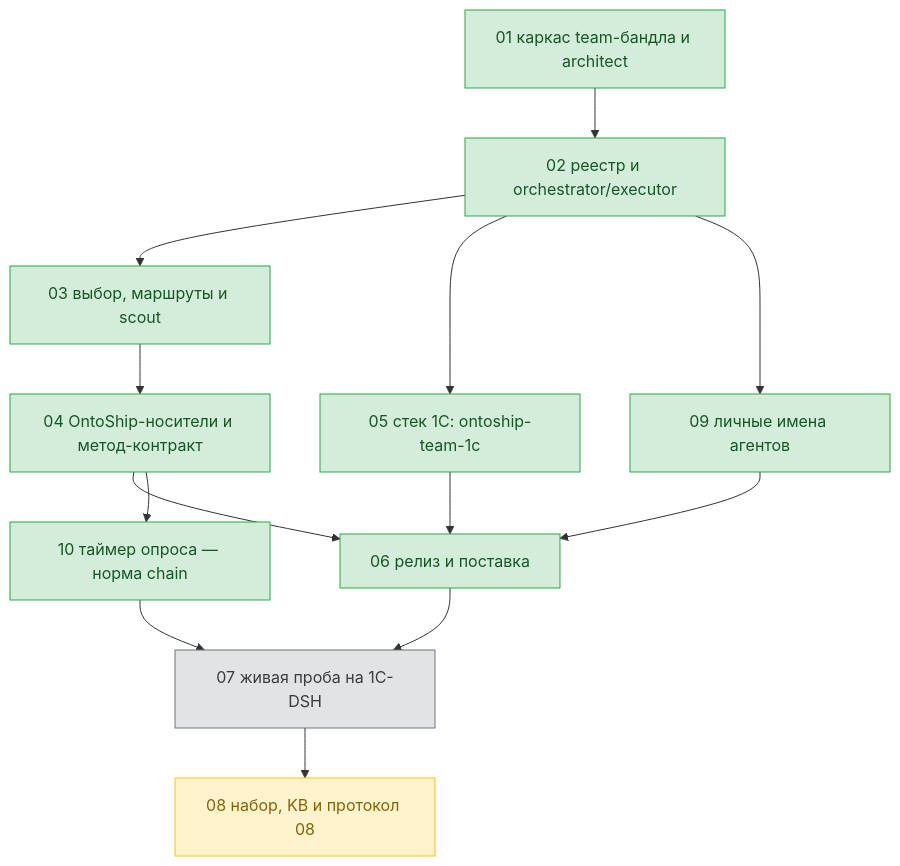
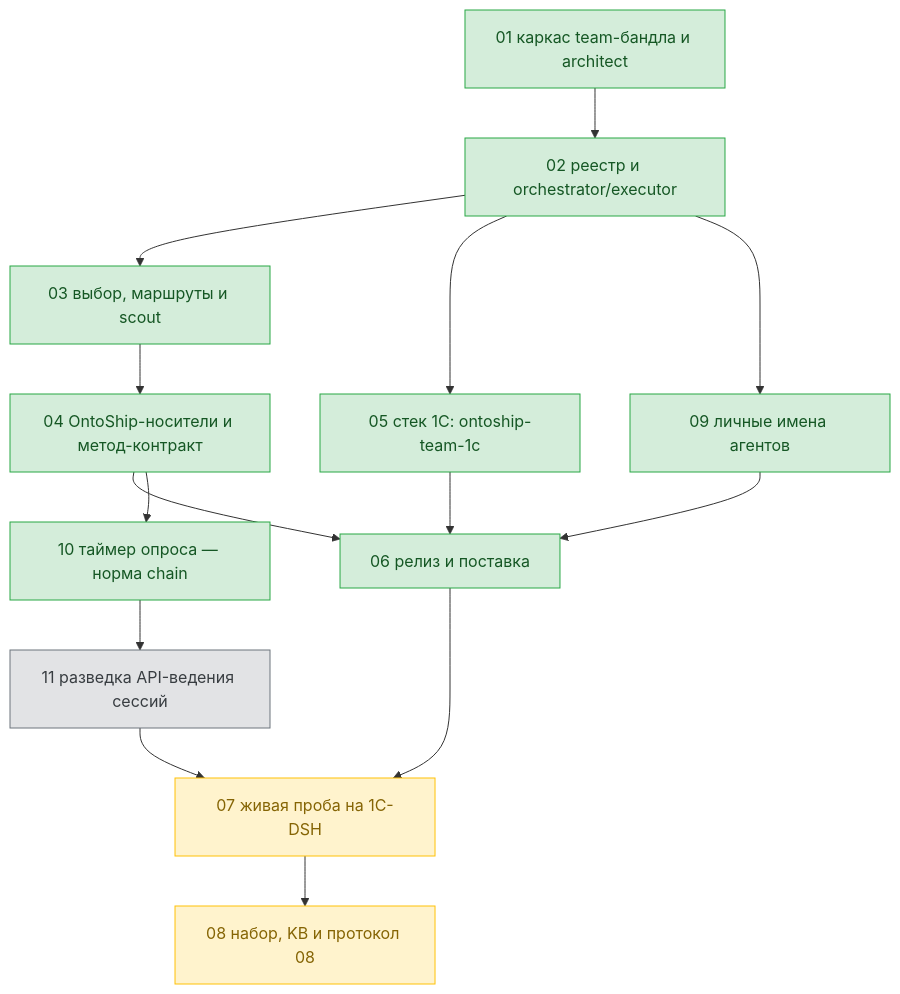
Before and after one commit to ntin60775/ontoship-ntin: the diagram in tickets/team-profiles/dag.md, drawn with Mermaid. The commit also changed other lines of this file and 4 other files, not shown here.

Commit message:
docs(team-profiles): тикет 11 принят — разведка API-ведения сессий (решение 20), переделка потока — совместно после отчёта

````diff
--- a/tickets/team-profiles/dag.md
+++ b/tickets/team-profiles/dag.md
@@ -11,35 +11,37 @@
 ```mermaid
 flowchart TD
   T01["01 каркас team-бандла и architect"]
   T02["02 реестр и orchestrator/executor"]
   T03["03 выбор, маршруты и scout"]
   T04["04 OntoShip-носители и метод-контракт"]
   T05["05 стек 1C: ontoship-team-1c"]
   T06["06 релиз и поставка"]
   T07["07 живая проба на 1C-DSH"]
   T08["08 набор, KB и протокол 08"]
   T09["09 личные имена агентов"]
   T10["10 таймер опроса — норма chain"]
+  T11["11 разведка API-ведения сессий"]
 
   T01 --> T02
   T02 --> T03
   T02 --> T05
   T02 --> T09
   T03 --> T04
   T04 --> T06
   T04 --> T10
   T05 --> T06
   T09 --> T06
   T06 --> T07
-  T10 --> T07
+  T10 --> T11
+  T11 --> T07
   T07 --> T08
 
   classDef done fill:#d4edda,stroke:#28a745,color:#155724;
   classDef running fill:#cce5ff,stroke:#007bff,color:#004085;
   classDef pending fill:#e2e3e5,stroke:#6c757d,color:#383d41;
   classDef waiting fill:#fff3cd,stroke:#ffc107,color:#856404;
 
   class T01,T02,T03,T04,T05,T06,T09,T10 done;
-  class T07 pending;
-  class T08 waiting;
+  class T11 pending;
+  class T07,T08 waiting;
 ```
````
